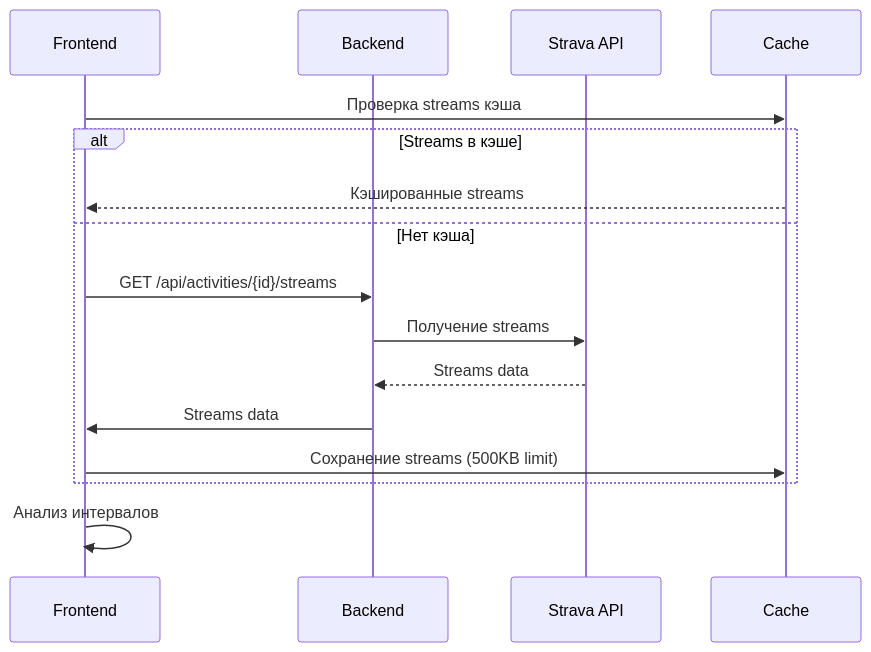
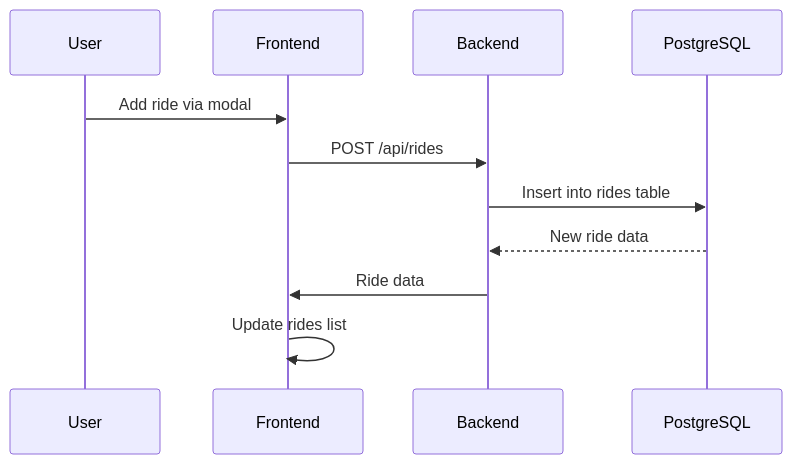
The third of 4 diagrams in ARCHITECTURE.md (chester026/cycleprog.github.io), drawn with Mermaid before and after one commit. The commit also changed other lines of this file and 39 other files, not shown here.

````diff
--- a/ARCHITECTURE.md
+++ b/ARCHITECTURE.md
@@ -143,19 +146,14 @@
 ```mermaid
 sequenceDiagram
+    participant U as User
     participant F as Frontend
     participant B as Backend
-    participant S as Strava API
-    participant C as Cache
+    participant DB as PostgreSQL
 
-    F->>C: Проверка streams кэша
-    alt Streams в кэше
-        C-->>F: Кэшированные streams
-    else Нет кэша
-        F->>B: GET /api/activities/{id}/streams
-        B->>S: Получение streams
-        S-->>B: Streams data
-        B->>F: Streams data
-        F->>C: Сохранение streams (500KB limit)
-    end
-    F->>F: Анализ интервалов
+    U->>F: Add ride via modal
+    F->>B: POST /api/rides
+    B->>DB: Insert into rides table
+    DB-->>B: New ride data
+    B->>F: Ride data
+    F->>F: Update rides list
 ```
````
